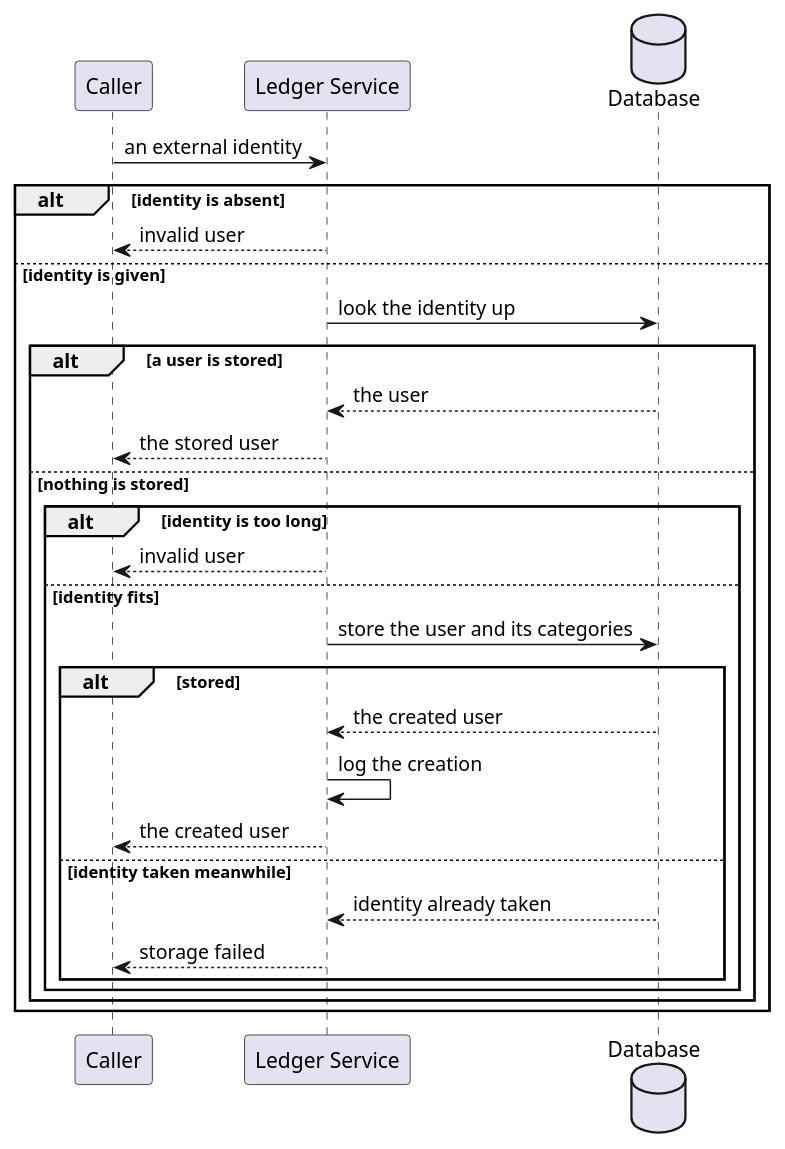
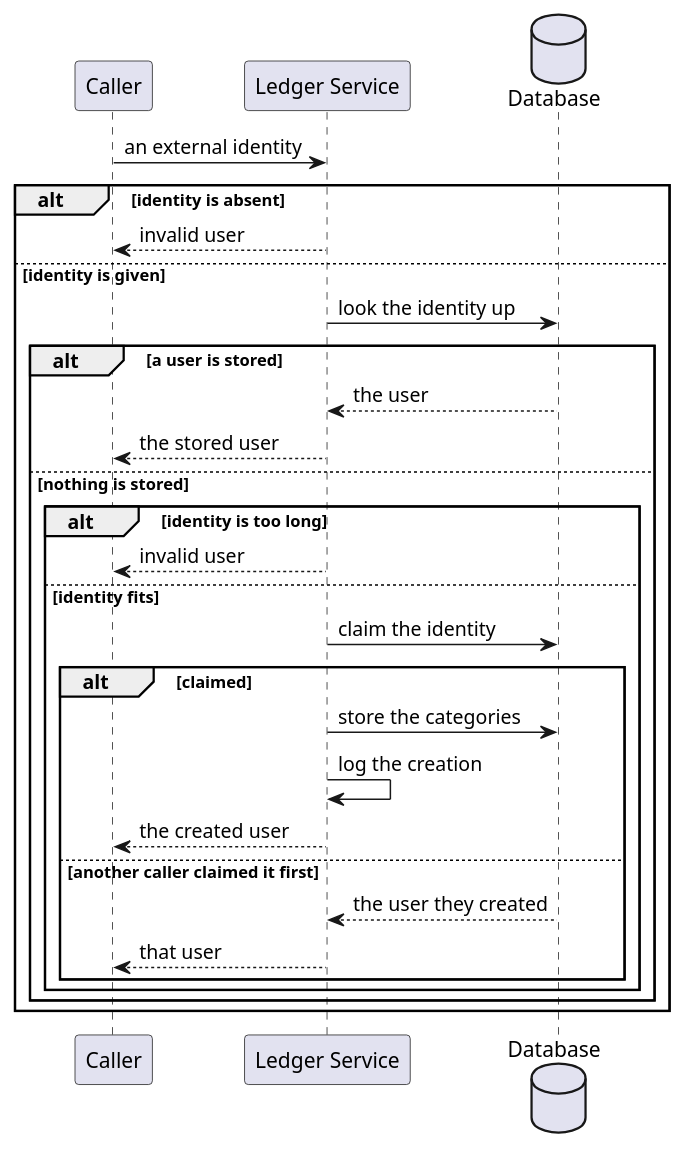
The diagram in ledger-service/docs/usecases/initialize-a-new-user.md (ds-usova/finance-bot), drawn with PlantUML before and after one commit. The commit also changed other lines of this file and 7 other files, not shown here.

````diff
--- a/ledger-service/docs/usecases/initialize-a-new-user.md
+++ b/ledger-service/docs/usecases/initialize-a-new-user.md
@@ -68,33 +71,33 @@
 ```plantuml
 @startuml InitializeUser-Sequence
 participant "Caller" as Caller
 participant "Ledger Service" as LS
 database "Database" as DB
 
 Caller -> LS : an external identity
 
 alt identity is absent
   LS --> Caller : invalid user
 else identity is given
   LS -> DB : look the identity up
   alt a user is stored
     DB --> LS : the user
     LS --> Caller : the stored user
   else nothing is stored
     alt identity is too long
       LS --> Caller : invalid user
     else identity fits
-      LS -> DB : store the user and its categories
-      alt stored
-        DB --> LS : the created user
+      LS -> DB : claim the identity
+      alt claimed
+        LS -> DB : store the categories
         LS -> LS : log the creation
         LS --> Caller : the created user
-      else identity taken meanwhile
-        DB --> LS : identity already taken
-        LS --> Caller : storage failed
+      else another caller claimed it first
+        DB --> LS : the user they created
+        LS --> Caller : that user
       end
     end
   end
 end
 @enduml
 ```
````
